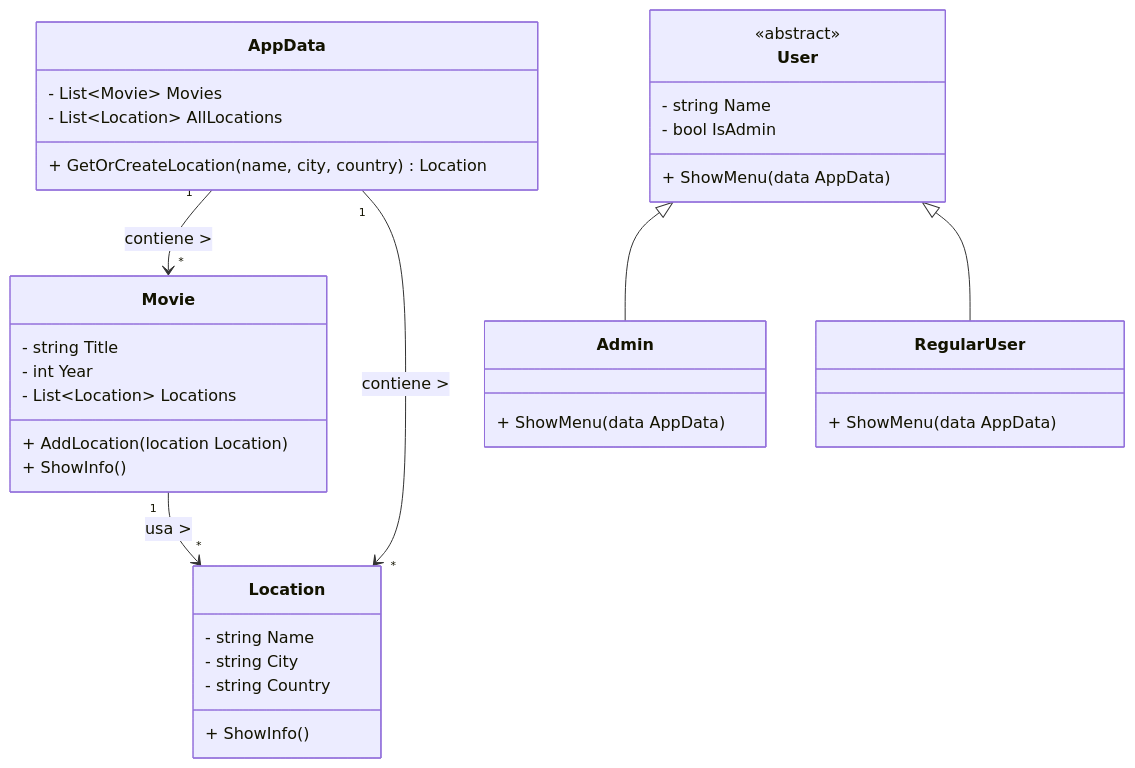
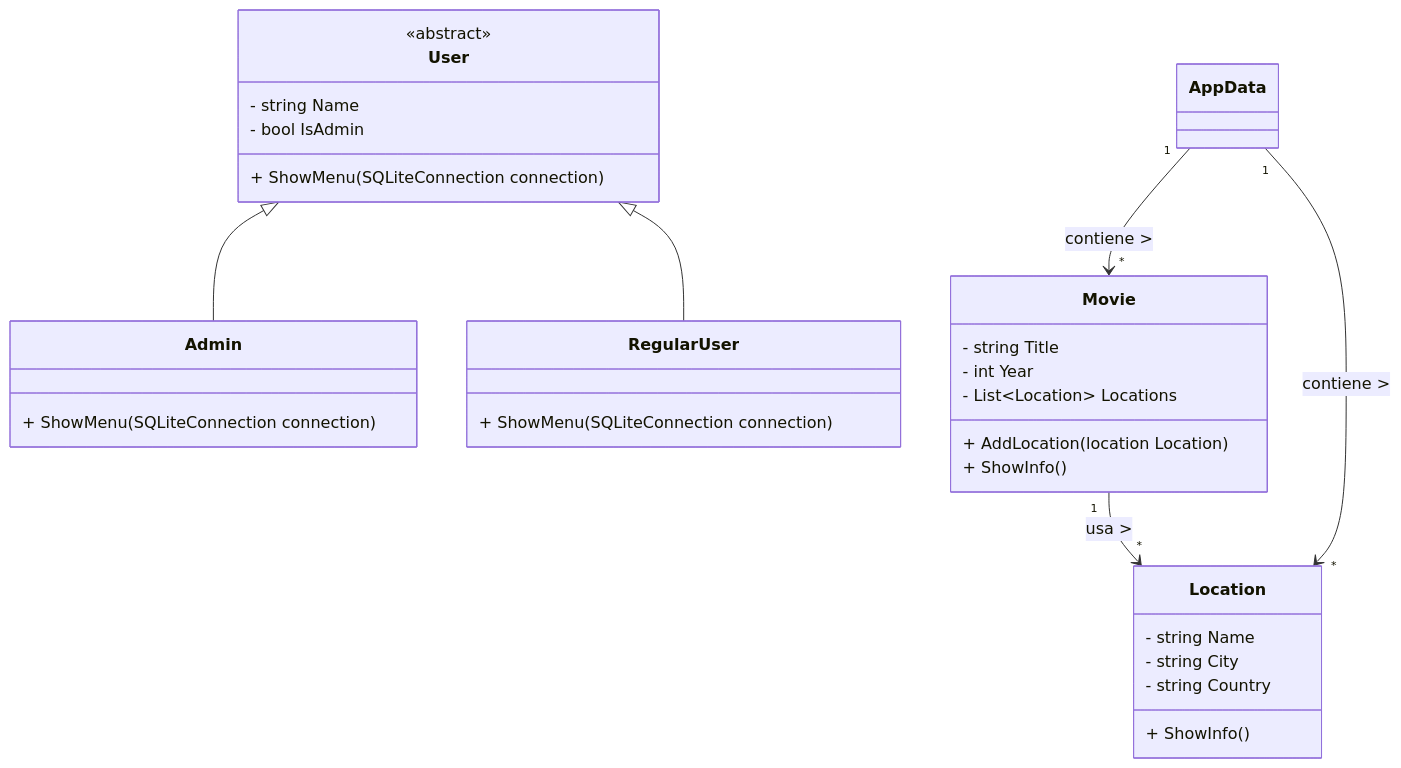
Before and after one commit to Manuel-Espinosa/FilmSpot: the fourth of 4 diagrams in docs.md, drawn with Mermaid. The commit also changed other lines of this file and 10 other files, not shown here.

````diff
--- a/docs.md
+++ b/docs.md
@@ -439,50 +405,45 @@
 ```mermaid
 classDiagram
     title Diagrama de Clases - FilmSpot
 
     %% ====== CLASES PRINCIPALES ======
-    class AppData {
-        - List~Movie~ Movies
-        - List~Location~ AllLocations
-        + GetOrCreateLocation(name, city, country) Location
-    }
 
     class Movie {
         - string Title
         - int Year
         - List~Location~ Locations
         + AddLocation(location Location)
         + ShowInfo()
     }
 
     class Location {
         - string Name
         - string City
         - string Country
         + ShowInfo()
     }
 
     %% ====== CLASES DE USUARIO ======
     class User {
         <<abstract>>
         - string Name
         - bool IsAdmin
-        + ShowMenu(data AppData)
+        + ShowMenu(SQLiteConnection connection)
     }
 
     class Admin {
-        + ShowMenu(data AppData)
+        + ShowMenu(SQLiteConnection connection)
     }
 
     class RegularUser {
-        + ShowMenu(data AppData)
+        + ShowMenu(SQLiteConnection connection)
     }
 
     %% ====== RELACIONES ======
     AppData "1" --> "*" Movie : contiene >
     AppData "1" --> "*" Location : contiene >
     Movie "1" --> "*" Location : usa >
     User <|-- Admin
     User <|-- RegularUser
 
 ```
````
